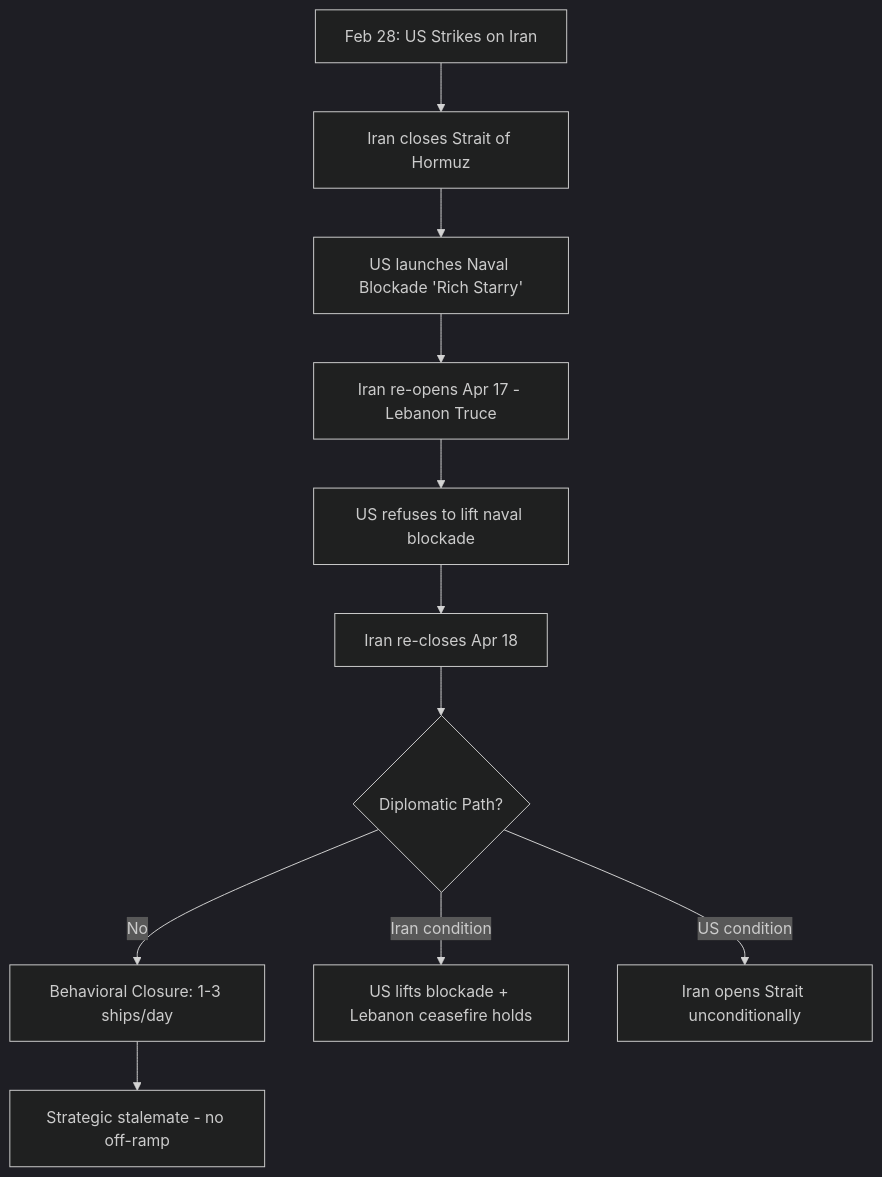
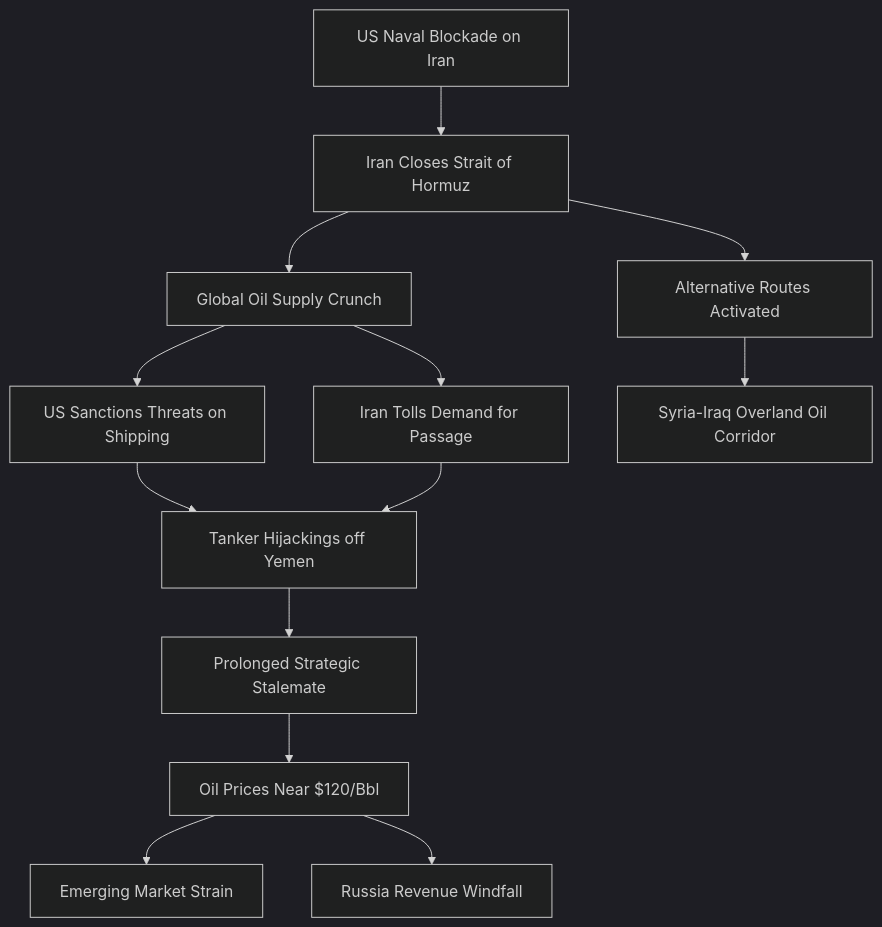
Before and after one commit to trevormentis-spec/OpenClawTrevorMentis: the first of 2 diagrams in tasks/news_analysis.md, drawn with Mermaid (dark theme). The commit also changed other lines of this file and 98 other files, not shown here.

````diff
--- a/tasks/news_analysis.md
+++ b/tasks/news_analysis.md
@@ -25,13 +21,15 @@
 ```mermaid
 graph TD
-    A[Feb 28: US Strikes on Iran] --> B[Iran closes Strait of Hormuz]
-    B --> C[US launches Naval Blockade 'Rich Starry']
-    C --> D[Iran re-opens Apr 17 - Lebanon Truce]
-    D --> E[US refuses to lift naval blockade]
-    E --> F[Iran re-closes Apr 18]
-    F --> G{Diplomatic Path?}
-    G -->|No| H[Behavioral Closure: 1-3 ships/day]
-    G -->|Iran condition| I[US lifts blockade + Lebanon ceasefire holds]
-    G -->|US condition| J[Iran opens Strait unconditionally]
-    H --> K[Strategic stalemate - no off-ramp]
+    A["US Naval Blockade on Iran"] --> B["Iran Closes Strait of Hormuz"]
+    B --> C["Global Oil Supply Crunch"]
+    C --> D["US Sanctions Threats on Shipping"]
+    C --> E["Iran Tolls Demand for Passage"]
+    D --> F["Tanker Hijackings off Yemen"]
+    E --> F
+    F --> G["Prolonged Strategic Stalemate"]
+    B --> H["Alternative Routes Activated"]
+    H --> I["Syria-Iraq Overland Oil Corridor"]
+    G --> J["Oil Prices Near $120/Bbl"]
+    J --> K["Emerging Market Strain"]
+    J --> L["Russia Revenue Windfall"]
 ```
````
